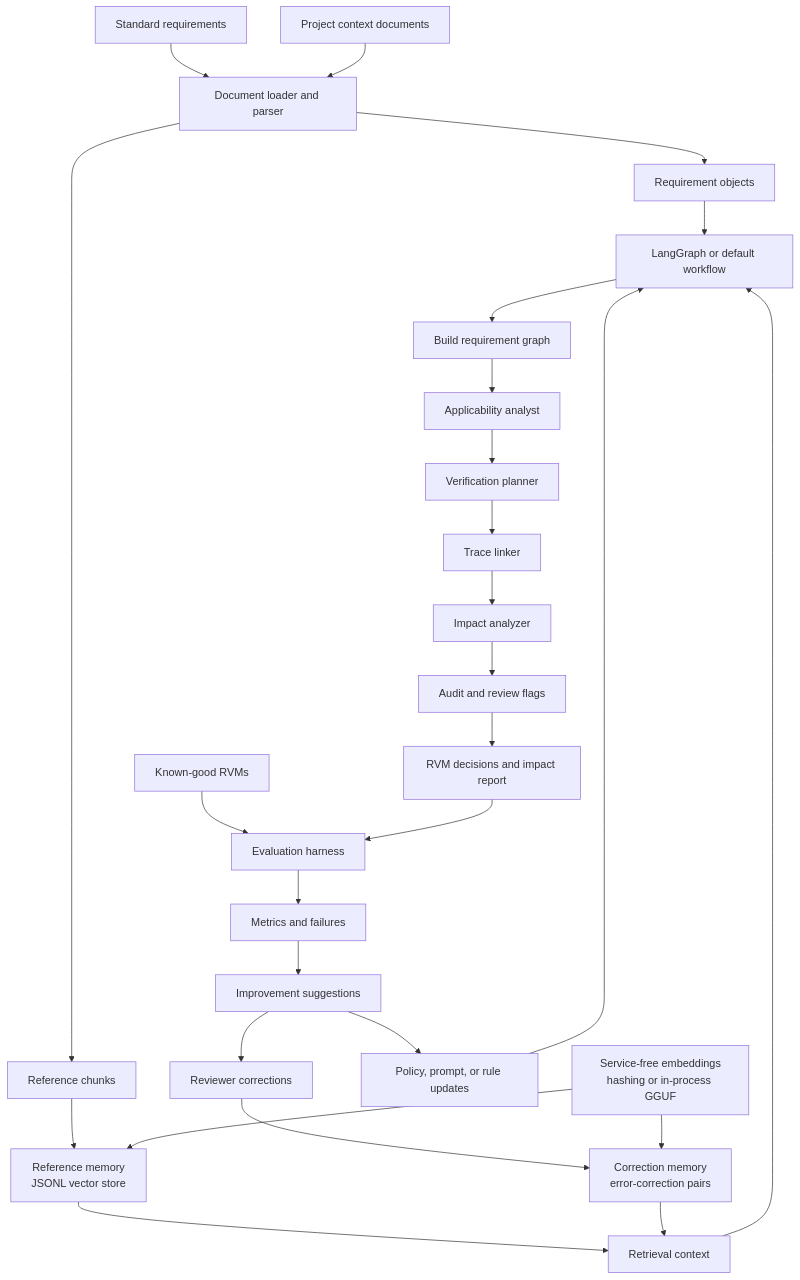
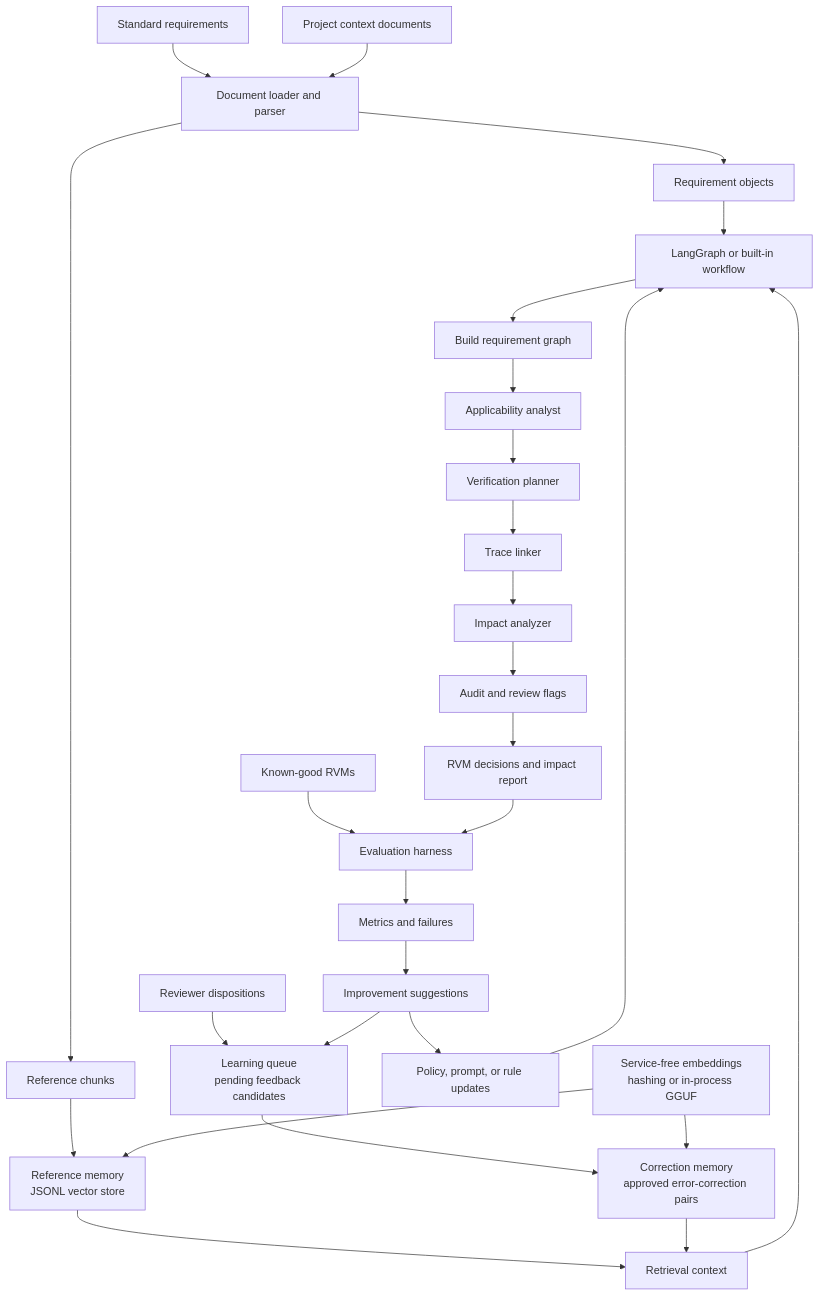
The diagram in README.md (jdmccabe/LearningAgent), drawn with Mermaid before and after one commit. The commit also changed other lines of this file and 62 other files, not shown here.

````diff
--- a/README.md
+++ b/README.md
@@ -211,34 +228,35 @@
 ```mermaid
 flowchart TD
     A["Standard requirements"] --> B["Document loader and parser"]
     C["Project context documents"] --> B
     D["Known-good RVMs"] --> E["Evaluation harness"]
 
     B --> F["Requirement objects"]
     B --> G["Reference chunks"]
     G --> H["Reference memory<br/>JSONL vector store"]
-    I["Reviewer corrections"] --> J["Correction memory<br/>error-correction pairs"]
+    I["Reviewer dispositions"] --> X["Learning queue<br/>pending feedback candidates"]
+    X --> J["Correction memory<br/>approved error-correction pairs"]
 
     H --> K["Retrieval context"]
     J --> K
-    F --> L["LangGraph or default workflow"]
+    F --> L["LangGraph or built-in workflow"]
     K --> L
 
     L --> M["Build requirement graph"]
     M --> N["Applicability analyst"]
     N --> O["Verification planner"]
     O --> P["Trace linker"]
     P --> Q["Impact analyzer"]
     Q --> R["Audit and review flags"]
     R --> S["RVM decisions and impact report"]
 
     S --> E
     E --> T["Metrics and failures"]
     T --> U["Improvement suggestions"]
-    U --> I
+    U --> X
     U --> V["Policy, prompt, or rule updates"]
     V --> L
 
     W["Service-free embeddings<br/>hashing or in-process GGUF"] --> H
     W --> J
 ```
````
